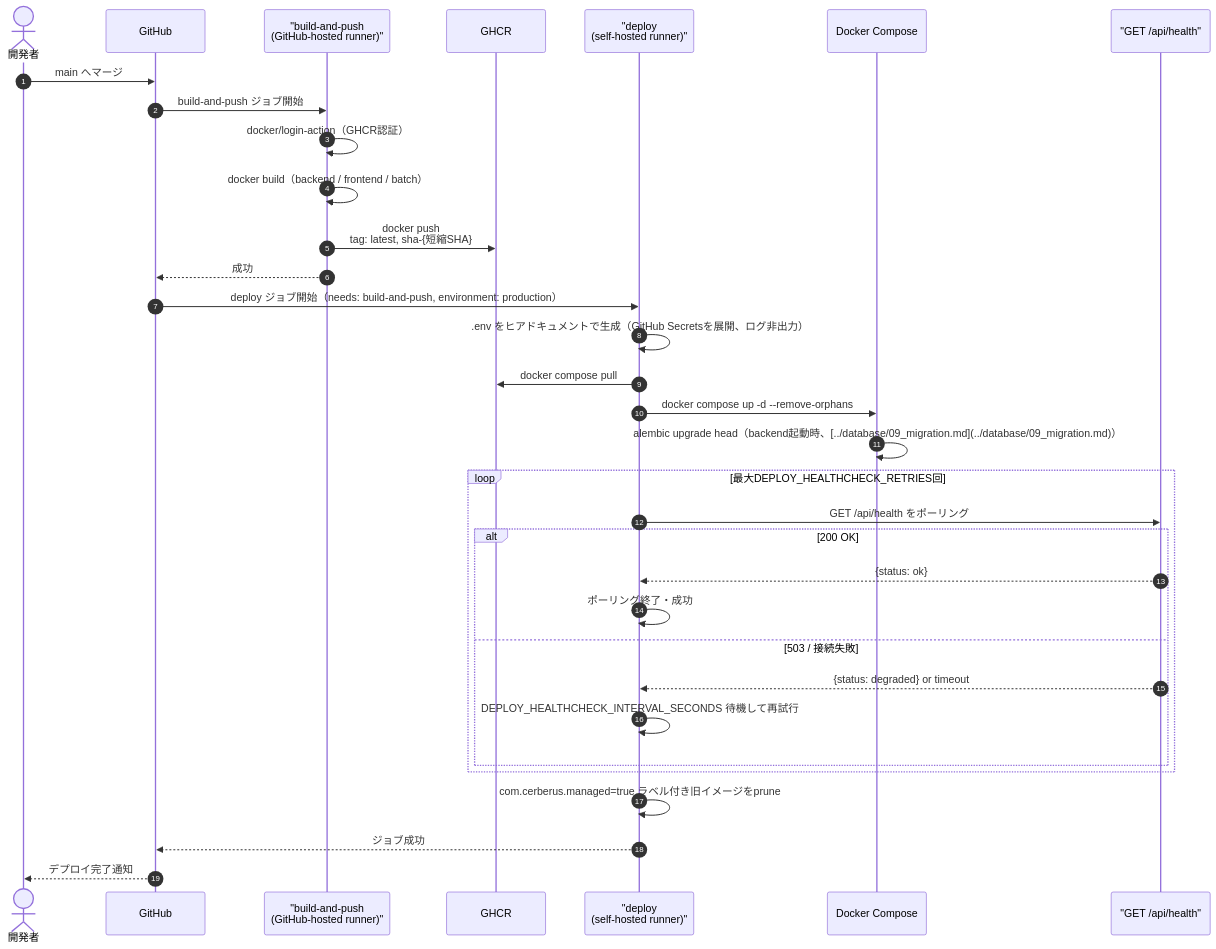
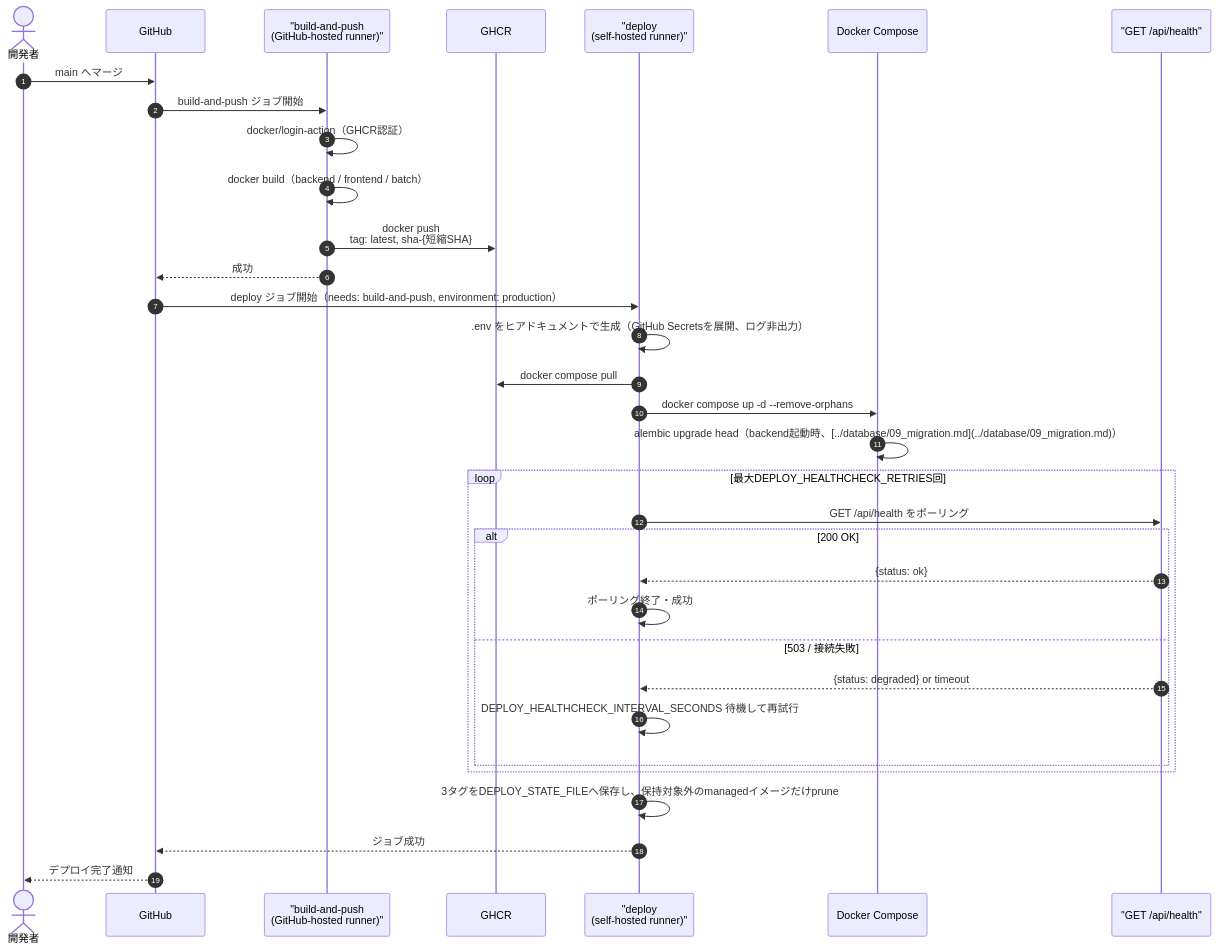
The first of 5 diagrams in detailed_design/infra/06_cd_workflow.md (oikawa-d/task_management), drawn with Mermaid before and after one commit. The commit also changed other lines of this file and 14 other files, not shown here.

````diff
--- a/detailed_design/infra/06_cd_workflow.md
+++ b/detailed_design/infra/06_cd_workflow.md
@@ -55,36 +67,36 @@
 ```mermaid
 sequenceDiagram
     autonumber
     actor DEV as 開発者
     participant GH as GitHub
     participant RUN as "build-and-push<br/>(GitHub-hosted runner)"
     participant GHCR as GHCR
     participant SELF as "deploy<br/>(self-hosted runner)"
     participant DC as Docker Compose
     participant HC as "GET /api/health"
 
     DEV->>GH: main へマージ
     GH->>RUN: build-and-push ジョブ開始
     RUN->>RUN: docker/login-action（GHCR認証）
     RUN->>RUN: docker build（backend / frontend / batch）
     RUN->>GHCR: docker push<br/>tag: latest, sha-{短縮SHA}
     RUN-->>GH: 成功
     GH->>SELF: deploy ジョブ開始（needs: build-and-push, environment: production）
     SELF->>SELF: .env をヒアドキュメントで生成（GitHub Secretsを展開、ログ非出力）
     SELF->>GHCR: docker compose pull
     SELF->>DC: docker compose up -d --remove-orphans
     DC->>DC: alembic upgrade head（backend起動時、[../database/09_migration.md](../database/09_migration.md)）
     loop 最大DEPLOY_HEALTHCHECK_RETRIES回
         SELF->>HC: GET /api/health をポーリング
         alt 200 OK
             HC-->>SELF: {status: ok}
             SELF->>SELF: ポーリング終了・成功
         else 503 / 接続失敗
             HC-->>SELF: {status: degraded} or timeout
             SELF->>SELF: DEPLOY_HEALTHCHECK_INTERVAL_SECONDS 待機して再試行
         end
     end
-    SELF->>SELF: com.cerberus.managed=true ラベル付き旧イメージをprune
+    SELF->>SELF: 3タグをDEPLOY_STATE_FILEへ保存し、保持対象外のmanagedイメージだけprune
     SELF-->>GH: ジョブ成功
     GH-->>DEV: デプロイ完了通知
 ```
````
